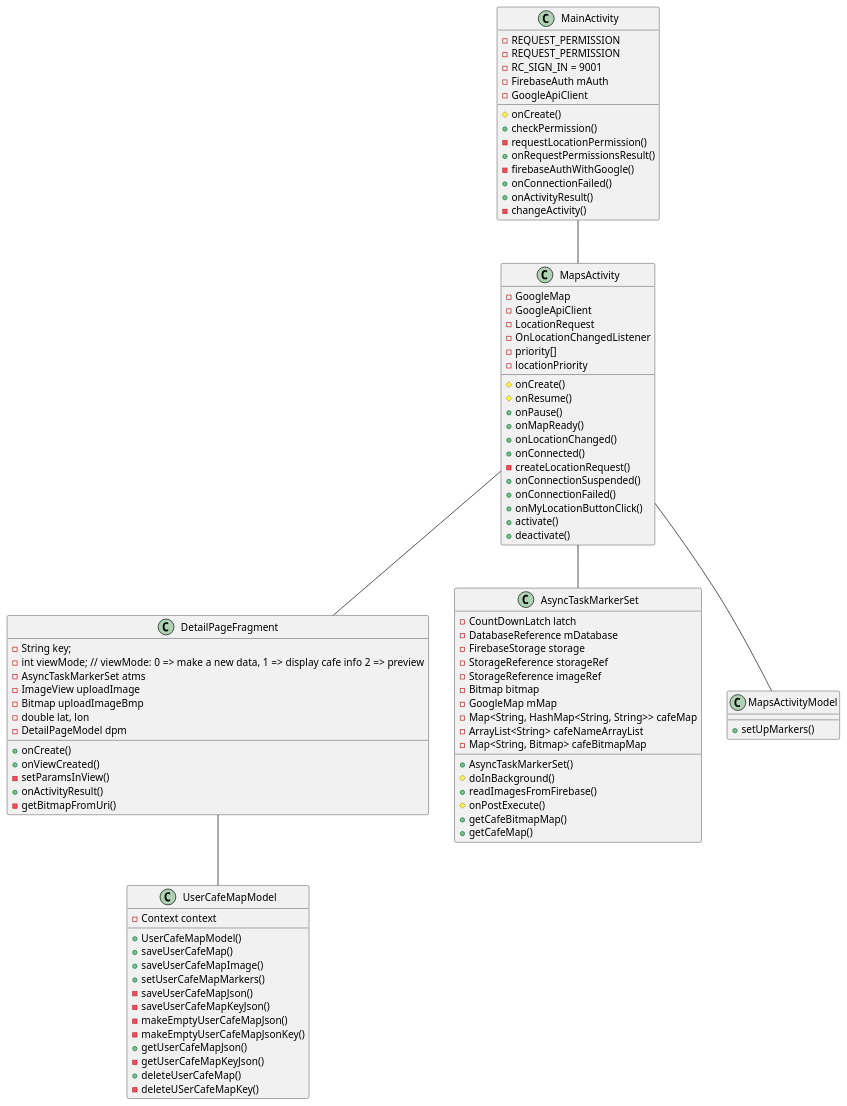
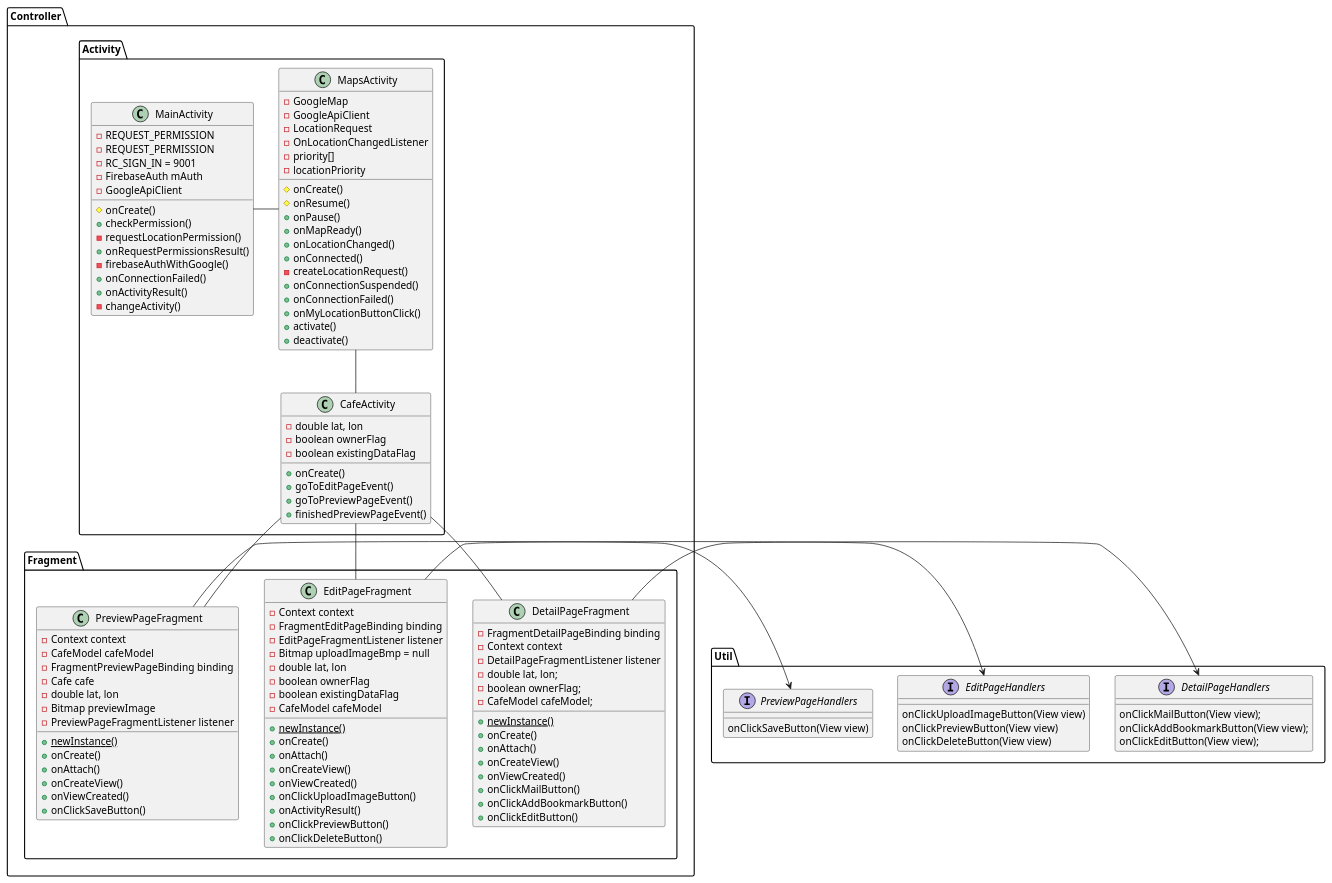
The diagram in app/src/main/java/drgn/cafemap/Diagram/ClassDiagram.puml (mustanghippie/CafeMap), drawn with PlantUML before and after one commit. The commit also changed 18 other files, not shown here.

```diff
--- a/app/src/main/java/drgn/cafemap/Diagram/ClassDiagram.puml
+++ b/app/src/main/java/drgn/cafemap/Diagram/ClassDiagram.puml
@@ -1,101 +1,144 @@
 @startuml
 
-class MainActivity{
-    -REQUEST_PERMISSION
-    -REQUEST_PERMISSION
-    -RC_SIGN_IN = 9001
-    -FirebaseAuth mAuth
-    -GoogleApiClient
-    #onCreate()
-    +checkPermission()
-    -requestLocationPermission()
-    +onRequestPermissionsResult()
-    -firebaseAuthWithGoogle()
-    +onConnectionFailed()
-    +onActivityResult()
-    -changeActivity()
-}
 
-class MapsActivity{
-    -GoogleMap
-    -GoogleApiClient
-    -LocationRequest
-    -OnLocationChangedListener
-    -priority[]
-    -locationPriority
-    #onCreate()
-    #onResume()
-    +onPause()
-    +onMapReady()
-    +onLocationChanged()
-    +onConnected()
-    -createLocationRequest()
-    +onConnectionSuspended()
-    +onConnectionFailed()
-    +onMyLocationButtonClick()
-    +activate()
-    +deactivate()
-}
 
-class DetailPageFragment{
-    -String key;
-    -int viewMode; // viewMode: 0 => make a new data, 1 => display cafe info 2 => preview
-    -AsyncTaskMarkerSet atms
-    -ImageView uploadImage
-    -Bitmap uploadImageBmp
-    -double lat, lon
-    -DetailPageModel dpm
-    +onCreate()
-    +onViewCreated()
-    -setParamsInView()
-    +onActivityResult()
-    -getBitmapFromUri()
-}
 
-class AsyncTaskMarkerSet{
-    -CountDownLatch latch
-    -DatabaseReference mDatabase
-    -FirebaseStorage storage
-    -StorageReference storageRef
-    -StorageReference imageRef
-    -Bitmap bitmap
-    -GoogleMap mMap
-    -Map<String, HashMap<String, String>> cafeMap
-    -ArrayList<String> cafeNameArrayList
-    -Map<String, Bitmap> cafeBitmapMap
 
-    +AsyncTaskMarkerSet()
-    #doInBackground()
-    +readImagesFromFirebase()
-    #onPostExecute()
-    +getCafeBitmapMap()
-    +getCafeMap()
+
+
+package Controller{
+    package Activity{
+        class MainActivity{
+            -REQUEST_PERMISSION
+            -REQUEST_PERMISSION
+            -RC_SIGN_IN = 9001
+            -FirebaseAuth mAuth
+            -GoogleApiClient
+            #onCreate()
+            +checkPermission()
+            -requestLocationPermission()
+            +onRequestPermissionsResult()
+            -firebaseAuthWithGoogle()
+            +onConnectionFailed()
+            +onActivityResult()
+            -changeActivity()
+        }
+
+        class MapsActivity{
+            -GoogleMap
+            -GoogleApiClient
+            -LocationRequest
+            -OnLocationChangedListener
+            -priority[]
+            -locationPriority
+            #onCreate()
+            #onResume()
+            +onPause()
+            +onMapReady()
+            +onLocationChanged()
+            +onConnected()
+            -createLocationRequest()
+            +onConnectionSuspended()
+            +onConnectionFailed()
+            +onMyLocationButtonClick()
+            +activate()
+            +deactivate()
+        }
+
+        class CafeActivity{
+            -double lat, lon
+            -boolean ownerFlag
+            -boolean existingDataFlag
+            +onCreate()
+            +goToEditPageEvent()
+            +goToPreviewPageEvent()
+            +finishedPreviewPageEvent()
+        }
+    }
+
+    package Fragment{
+
+        class DetailPageFragment{
+            -FragmentDetailPageBinding binding
+            -Context context
+            -DetailPageFragmentListener listener
+            -double lat, lon;
+            -boolean ownerFlag;
+            -CafeModel cafeModel;
+            +{static} newInstance()
+            +onCreate()
+            +onAttach()
+            +onCreateView()
+            +onViewCreated()
+            +onClickMailButton()
+            +onClickAddBookmarkButton()
+            +onClickEditButton()
+        }
+
+        class EditPageFragment{
+            -Context context
+            -FragmentEditPageBinding binding
+            -EditPageFragmentListener listener
+            -Bitmap uploadImageBmp = null
+            -double lat, lon
+            -boolean ownerFlag
+            -boolean existingDataFlag
+            -CafeModel cafeModel
+            +{static} newInstance()
+            +onCreate()
+            +onAttach()
+            +onCreateView()
+            +onViewCreated()
+            +onClickUploadImageButton()
+            +onActivityResult()
+            +onClickPreviewButton()
+            +onClickDeleteButton()
+        }
+
+        class PreviewPageFragment{
+            -Context context
+            -CafeModel cafeModel
+            -FragmentPreviewPageBinding binding
+            -Cafe cafe
+            -double lat, lon
+            -Bitmap previewImage
+            -PreviewPageFragmentListener listener
+            +{static} newInstance()
+            +onCreate()
+            +onAttach()
+            +onCreateView()
+            +onViewCreated()
+            +onClickSaveButton()
+        }
+    }
 
 }
 
-class MapsActivityModel{
-    +setUpMarkers()
+package Util{
+
+    interface DetailPageHandlers{
+        onClickMailButton(View view);
+        onClickAddBookmarkButton(View view);
+        onClickEditButton(View view);
+    }
+
+    interface EditPageHandlers{
+        onClickUploadImageButton(View view)
+        onClickPreviewButton(View view)
+        onClickDeleteButton(View view)
+    }
+
+    interface PreviewPageHandlers{
+        onClickSaveButton(View view)
+    }
 }
 
-class UserCafeMapModel{
-    -Context context
-    +UserCafeMapModel()
-    +saveUserCafeMap()
-    +saveUserCafeMapImage()
-    +setUserCafeMapMarkers()
-    -saveUserCafeMapJson()
-    -saveUserCafeMapKeyJson()
-    -makeEmptyUserCafeMapJson()
-    -makeEmptyUserCafeMapJsonKey()
-    +getUserCafeMapJson()
-    -getUserCafeMapKeyJson()
-    +deleteUserCafeMap()
-    -deleteUSerCafeMapKey()
-}
-
-MainActivity -- MapsActivity
-MapsActivity -- DetailPageFragment
-MapsActivity -- AsyncTaskMarkerSet
-MapsActivity -- MapsActivityModel
-DetailPageFragment -- UserCafeMapModel
+MainActivity - MapsActivity
+MapsActivity -- CafeActivity
+CafeActivity -- DetailPageFragment
+DetailPageFragment -> DetailPageHandlers
+CafeActivity -- EditPageFragment
+EditPageFragment -> EditPageHandlers
+CafeActivity -- PreviewPageFragment
+PreviewPageFragment -> PreviewPageHandlers
 @enduml
```
